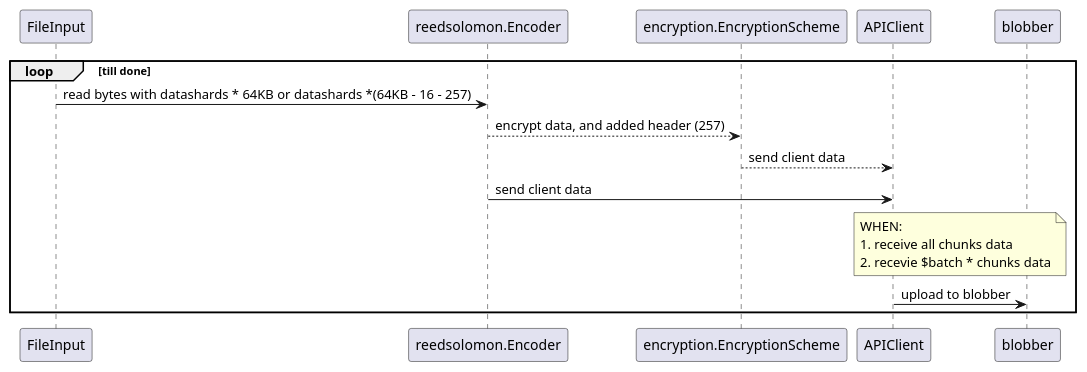
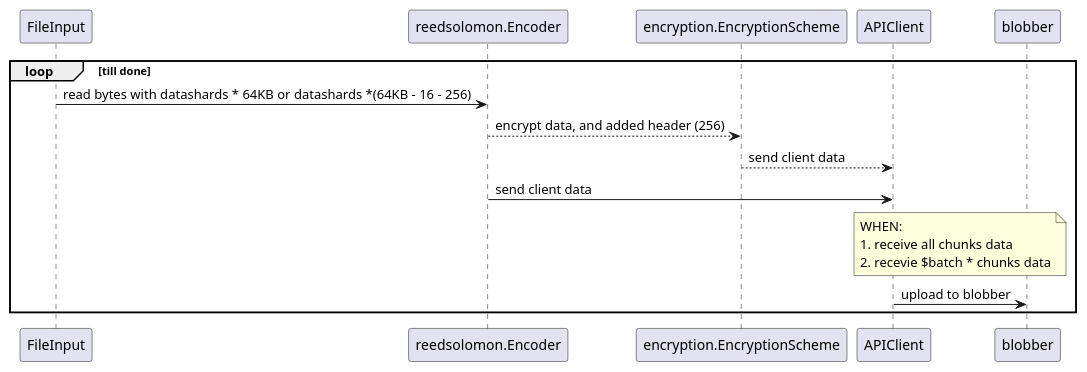
Before and after one commit to 0chain/gosdk: the second of 2 diagrams in docs/uml/upload.puml, drawn with PlantUML. The commit also changed 1 other file, not shown here.

```diff
--- a/docs/uml/upload.puml
+++ b/docs/uml/upload.puml
@@ -57,18 +57,18 @@
 @startuml stream upload flow
 
 loop till done
-FileInput -> reedsolomon.Encoder : read bytes with datashards * 64KB or datashards *(64KB - 16 - 257)
-reedsolomon.Encoder --> encryption.EncryptionScheme : encrypt data, and added header (257)
+FileInput -> reedsolomon.Encoder : read bytes with datashards * 64KB or datashards *(64KB - 16 - 256)
+reedsolomon.Encoder --> encryption.EncryptionScheme : encrypt data, and added header (256)
 encryption.EncryptionScheme --> APIClient: send client data
 reedsolomon.Encoder -> APIClient: send client data
 
 note over APIClient,blobber
 WHEN:
 1. receive all chunks data
 2. recevie $batch * chunks data
 end note
 APIClient -> blobber : upload to blobber
 
 end
 
 @enduml
```
